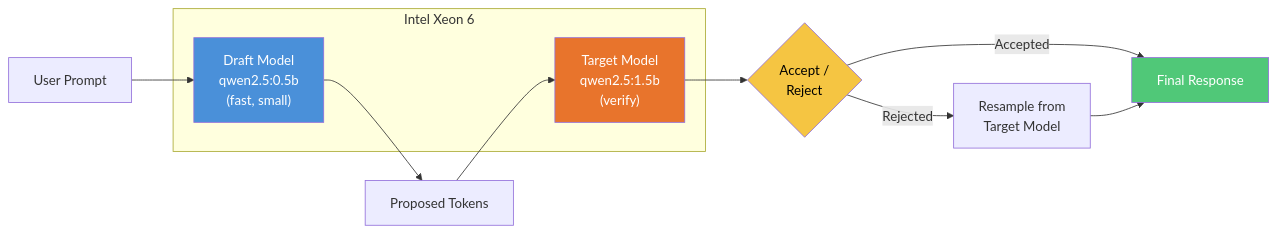
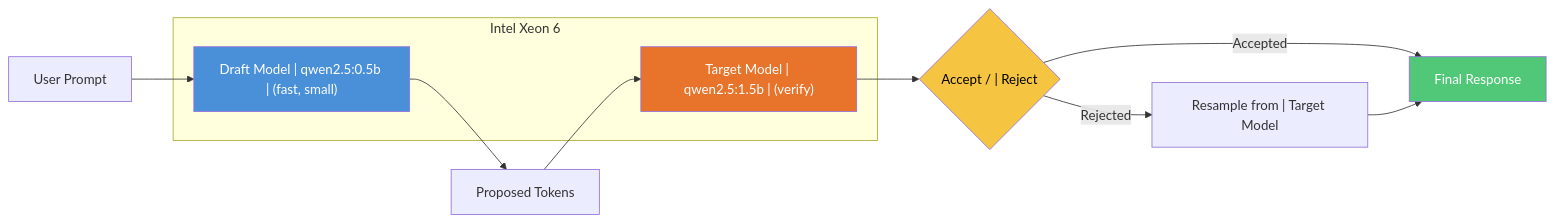
The diagram in README.md (jkershawrh/speculative-decoding-accelerator), drawn with Mermaid before and after one commit. The commit also changed 1 other file, not shown here.

Commit message:
Fix Mermaid diagram: remove HTML tags for GitHub compatibility

````diff
--- a/README.md
+++ b/README.md
@@ -53,20 +53,20 @@
 ```mermaid
 flowchart LR
-    A["User Prompt"] --> B["Draft Model<br/>qwen2.5:0.5b<br/>(fast, small)"]
+    A["User Prompt"] --> B["Draft Model | qwen2.5:0.5b | (fast, small)"]
     B --> C["Proposed Tokens"]
-    C --> D["Target Model<br/>qwen2.5:1.5b<br/>(verify)"]
-    D --> E{"Accept /<br/>Reject"}
+    C --> D["Target Model | qwen2.5:1.5b | (verify)"]
+    D --> E{"Accept / | Reject"}
     E -->|Accepted| F["Final Response"]
-    E -->|Rejected| G["Resample from<br/>Target Model"]
+    E -->|Rejected| G["Resample from | Target Model"]
     G --> F
 
     subgraph Intel Xeon 6
         B
         D
     end
 
     style B fill:#4a90d9,color:#fff
     style D fill:#e8742c,color:#fff
     style E fill:#f5c542,color:#000
     style F fill:#50c878,color:#fff
 ```
````
